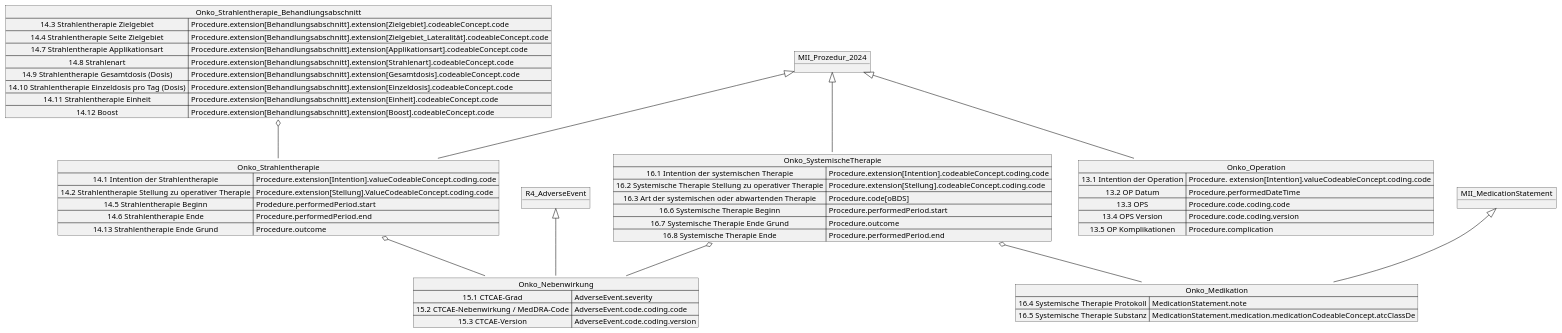
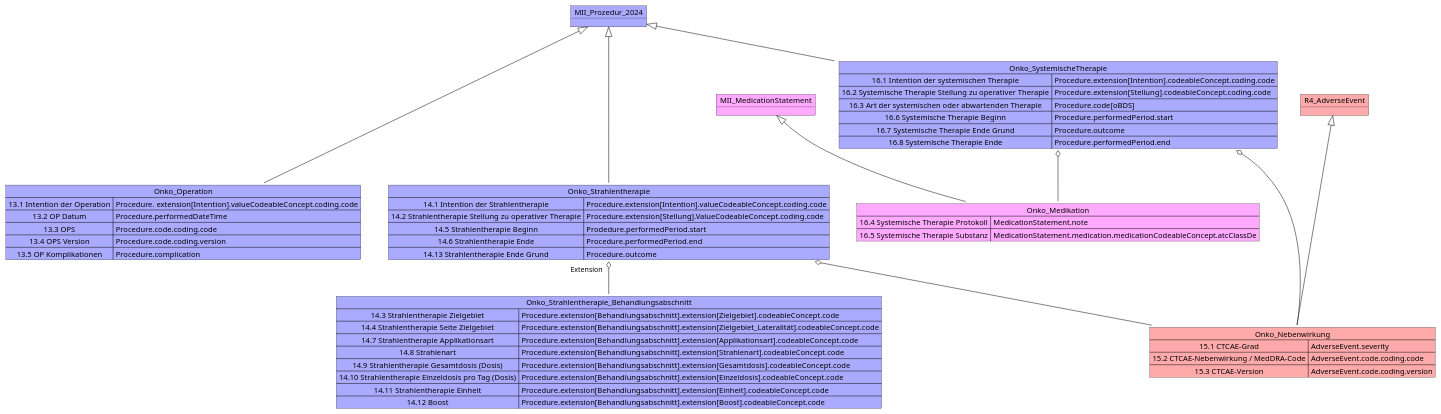
The diagram in information_model/MII_Onko_13-16_Prozeduren.pu (medizininformatik-initiative/kerndatensatzmodul-onkologie), drawn with PlantUML before and after one commit. The commit also changed 4 other files, not shown here.

```diff
--- a/information_model/MII_Onko_13-16_Prozeduren.pu
+++ b/information_model/MII_Onko_13-16_Prozeduren.pu
@@ -1,71 +1,71 @@
 @startuml MII KDS Erweiterungsmodul Onkologie
-object MII_Prozedur_2024
-Map Onko_Operation {
+object MII_Prozedur_2024 #AAAAFF
+Map Onko_Operation #AAAAFF{
 13.1 Intention der Operation => Procedure. extension[Intention].valueCodeableConcept.coding.code
 13.2 OP Datum => Procedure.performedDateTime
 13.3 OPS => Procedure.code.coding.code 
 13.4 OPS Version=> Procedure.code.coding.version
 13.5 OP Komplikationen => Procedure.complication
 }
-Map Onko_Strahlentherapie {
+Map Onko_Strahlentherapie #AAAAFF{
 14.1 Intention der Strahlentherapie => Procedure.extension[Intention].valueCodeableConcept.coding.code
 14.2 Strahlentherapie Stellung zu operativer Therapie => Procedure.extension[Stellung].ValueCodeableConcept.coding.code
 
 14.5 Strahlentherapie Beginn => Prodedure.performedPeriod.start
 14.6 Strahlentherapie Ende =>Procedure.performedPeriod.end
 14.13 Strahlentherapie Ende Grund => Procedure.outcome
 }
 
-Map Onko_Strahlentherapie_Behandlungsabschnitt {
+Map Onko_Strahlentherapie_Behandlungsabschnitt #AAAAFF{
 14.3 Strahlentherapie Zielgebiet => Procedure.extension[Behandlungsabschnitt].extension[Zielgebiet].codeableConcept.code
 14.4 Strahlentherapie Seite Zielgebiet => Procedure.extension[Behandlungsabschnitt].extension[Zielgebiet_Lateralität].codeableConcept.code
 14.7 Strahlentherapie Applikationsart => Procedure.extension[Behandlungsabschnitt].extension[Applikationsart].codeableConcept.code
 14.8 Strahlenart => Procedure.extension[Behandlungsabschnitt].extension[Strahlenart].codeableConcept.code
 14.9 Strahlentherapie Gesamtdosis (Dosis) => Procedure.extension[Behandlungsabschnitt].extension[Gesamtdosis].codeableConcept.code
 14.10 Strahlentherapie Einzeldosis pro Tag (Dosis) =>Procedure.extension[Behandlungsabschnitt].extension[Einzeldosis].codeableConcept.code
 14.11 Strahlentherapie Einheit =>Procedure.extension[Behandlungsabschnitt].extension[Einheit].codeableConcept.code
 14.12 Boost=>Procedure.extension[Behandlungsabschnitt].extension[Boost].codeableConcept.code
 }
 
-Onko_Strahlentherapie_Behandlungsabschnitt o--Onko_Strahlentherapie
+Onko_Strahlentherapie "Extension   " o-- Onko_Strahlentherapie_Behandlungsabschnitt
 
-Map Onko_SystemischeTherapie {
+Map Onko_SystemischeTherapie #AAAAFF{
 16.1 Intention der systemischen Therapie => Procedure.extension[Intention].codeableConcept.coding.code
 16.2 Systemische Therapie Stellung zu operativer Therapie => Procedure.extension[Stellung].codeableConcept.coding.code
 16.3 Art der systemischen oder abwartenden Therapie => Procedure.code[oBDS]
 16.6 Systemische Therapie Beginn => Procedure.performedPeriod.start
 
 16.7 Systemische Therapie Ende Grund => Procedure.outcome 
 
 16.8 Systemische Therapie Ende => Procedure.performedPeriod.end
 }
 
-Map Onko_Medikation {
+Map Onko_Medikation #FFAAFF{
 
 16.4 Systemische Therapie Protokoll => MedicationStatement.note
 
 16.5 Systemische Therapie Substanz => MedicationStatement.medication.medicationCodeableConcept.atcClassDe
 
 }
-object MII_MedicationStatement
+object MII_MedicationStatement #FFAAFF
 MII_MedicationStatement <|-- Onko_Medikation
 Onko_SystemischeTherapie o-- Onko_Medikation
 
-MII_Prozedur_2024 <|-- Onko_Operation
-MII_Prozedur_2024 <|-- Onko_Strahlentherapie
+MII_Prozedur_2024 <|--- Onko_Operation
+MII_Prozedur_2024 <|--- Onko_Strahlentherapie
 MII_Prozedur_2024 <|-- Onko_SystemischeTherapie
 
-object R4_AdverseEvent
+object R4_AdverseEvent #FFAAAA
 
-Map Onko_Nebenwirkung {
+Map Onko_Nebenwirkung #FFAAAA{
     15.1 CTCAE-Grad => AdverseEvent.severity
     15.2 CTCAE-Nebenwirkung / MedDRA-Code => AdverseEvent.code.coding.code 
     15.3 CTCAE-Version => AdverseEvent.code.coding.version
 }
-R4_AdverseEvent <|-- Onko_Nebenwirkung
+R4_AdverseEvent <|--- Onko_Nebenwirkung
 
 
 Onko_Strahlentherapie o-- Onko_Nebenwirkung
 Onko_SystemischeTherapie o-- Onko_Nebenwirkung
 
 @enduml
```
